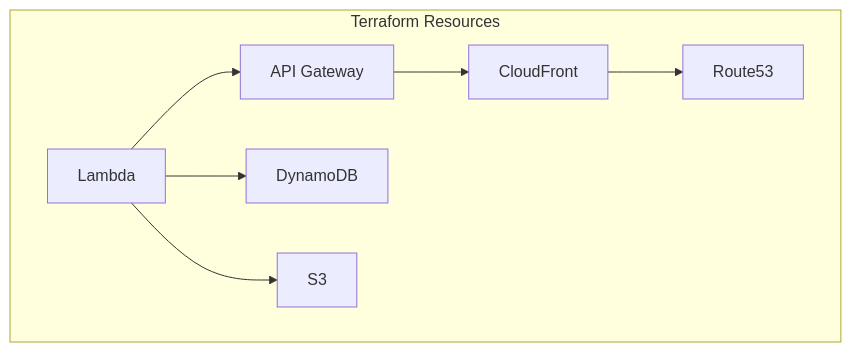
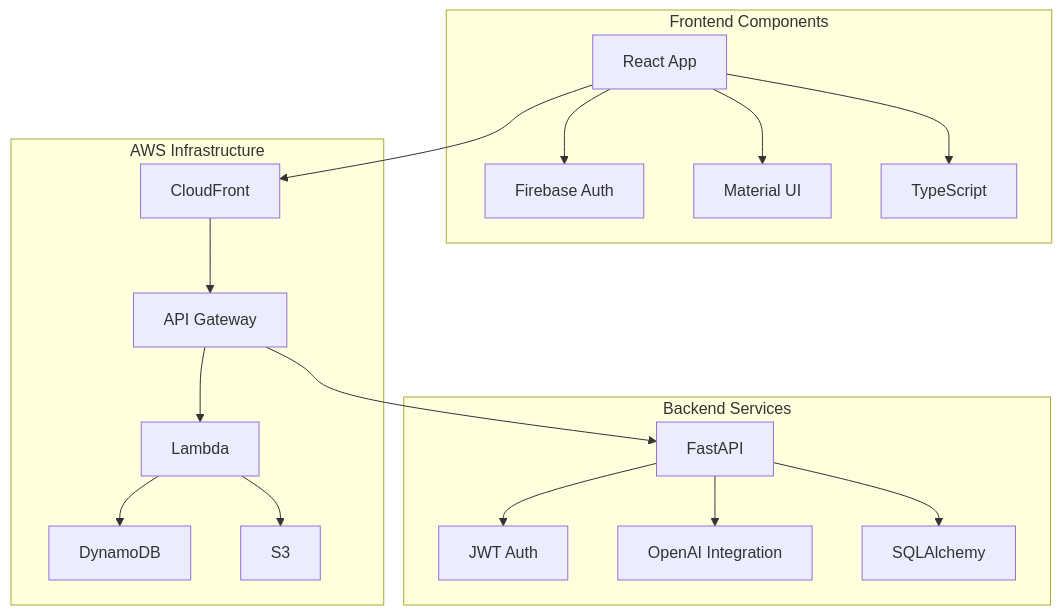
The third of 6 diagrams in docs/development/codebase_summary.md (djm81/ai-wizard), drawn with Mermaid before and after one commit. The commit also changed other lines of this file and 18 other files, not shown here.

````diff
--- a/docs/development/codebase_summary.md
+++ b/docs/development/codebase_summary.md
@@ -81,10 +78,37 @@
 ```mermaid
 graph TB
-    subgraph "Terraform Resources"
-        A[Lambda] --> B[API Gateway]
-        A --> C[DynamoDB]
-        A --> D[S3]
-        B --> E[CloudFront]
-        E --> F[Route53]
+    subgraph "Frontend Components"
+        R1[React App]
+        R2[Firebase Auth]
+        R3[Material UI]
+        R4[TypeScript]
+        R1 --> R2
+        R1 --> R3
+        R1 --> R4
     end
+
+    subgraph "Backend Services"
+        A1[FastAPI]
+        A2[JWT Auth]
+        A3[OpenAI Integration]
+        A4[SQLAlchemy]
+        A1 --> A2
+        A1 --> A3
+        A1 --> A4
+    end
+
+    subgraph "AWS Infrastructure"
+        W1[CloudFront]
+        W2[API Gateway]
+        W3[Lambda]
+        W4[DynamoDB]
+        W5[S3]
+        W1 --> W2
+        W2 --> W3
+        W3 --> W4
+        W3 --> W5
+    end
+
+    R1 --> W1
+    W2 --> A1
 ```
````
